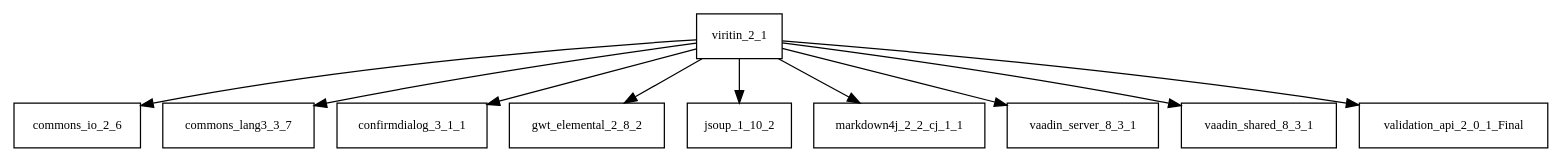
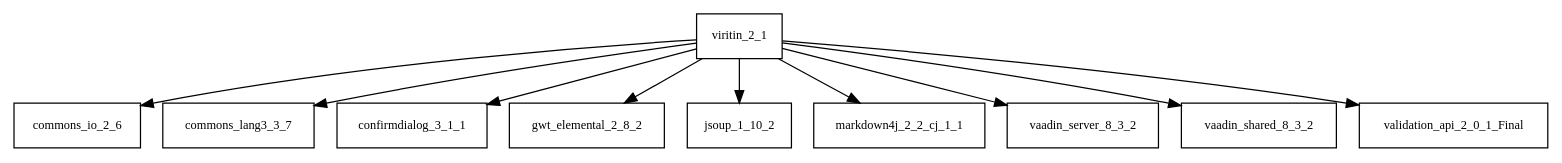
The diagram in tattleTaleReport/graphviz/viritin-2.1.jar/viritin-2.1.jar.dot (sjvs/cia), drawn with Graphviz before and after one commit. The commit also changed 1517 other files, not shown here.

```diff
--- a/tattleTaleReport/graphviz/viritin-2.1.jar/viritin-2.1.jar.dot
+++ b/tattleTaleReport/graphviz/viritin-2.1.jar/viritin-2.1.jar.dot
@@ -1,12 +1,12 @@
 digraph viritin_2_1_dependencies {
   node [shape = box, fontsize=10.0];
   viritin_2_1 -> commons_io_2_6;
   viritin_2_1 -> commons_lang3_3_7;
   viritin_2_1 -> confirmdialog_3_1_1;
   viritin_2_1 -> gwt_elemental_2_8_2;
   viritin_2_1 -> jsoup_1_10_2;
   viritin_2_1 -> markdown4j_2_2_cj_1_1;
-  viritin_2_1 -> vaadin_server_8_3_1;
-  viritin_2_1 -> vaadin_shared_8_3_1;
+  viritin_2_1 -> vaadin_server_8_3_2;
+  viritin_2_1 -> vaadin_shared_8_3_2;
   viritin_2_1 -> validation_api_2_0_1_Final;
 }
```
